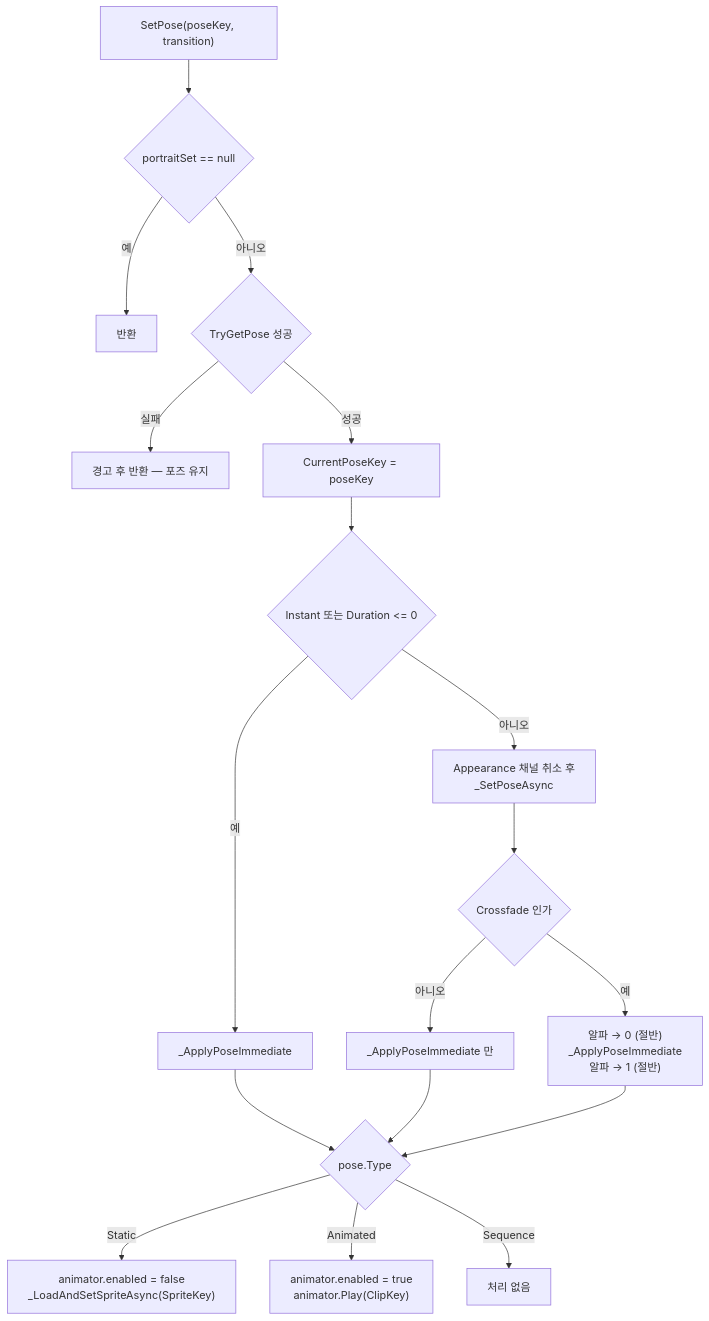
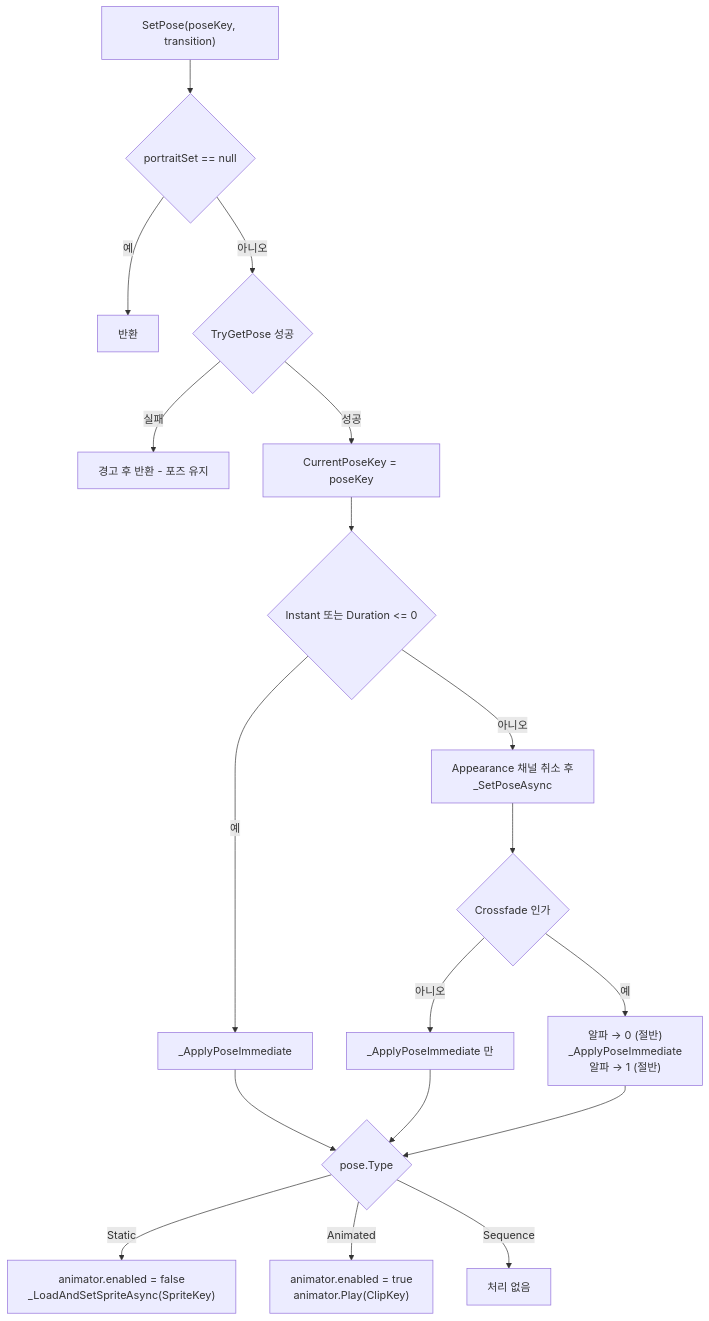
The seventh of 8 diagrams in HDialogue/docs/Portrait.md (HoHong123/HCUP-Unity), drawn with Mermaid before and after one commit. The commit also changed other lines of this file, not shown here.

````diff
--- a/HDialogue/docs/Portrait.md
+++ b/HDialogue/docs/Portrait.md
@@ -386,21 +386,21 @@
 ```mermaid
 flowchart TD
     SP["SetPose(poseKey, transition)"] --> N{"portraitSet == null"}
     N -->|예| X0["반환"]
     N -->|아니오| G{"TryGetPose 성공"}
-    G -->|"실패"| W["경고 후 반환 — 포즈 유지"]
+    G -->|"실패"| W["경고 후 반환 - 포즈 유지"]
     G -->|"성공"| K["CurrentPoseKey = poseKey"]
     K --> I{"Instant 또는 Duration &lt;= 0"}
     I -->|예| AP["_ApplyPoseImmediate"]
     I -->|아니오| AS["Appearance 채널 취소 후<br/>_SetPoseAsync"]
     AS --> CF{"Crossfade 인가"}
     CF -->|예| F1["알파 → 0 (절반)<br/>_ApplyPoseImmediate<br/>알파 → 1 (절반)"]
     CF -->|아니오| AP2["_ApplyPoseImmediate 만"]
 
     AP --> T{"pose.Type"}
     AP2 --> T
     F1 --> T
     T -->|Static| S["animator.enabled = false<br/>_LoadAndSetSpriteAsync(SpriteKey)"]
     T -->|Animated| A["animator.enabled = true<br/>animator.Play(ClipKey)"]
     T -->|Sequence| NOP["처리 없음"]
 ```
````
